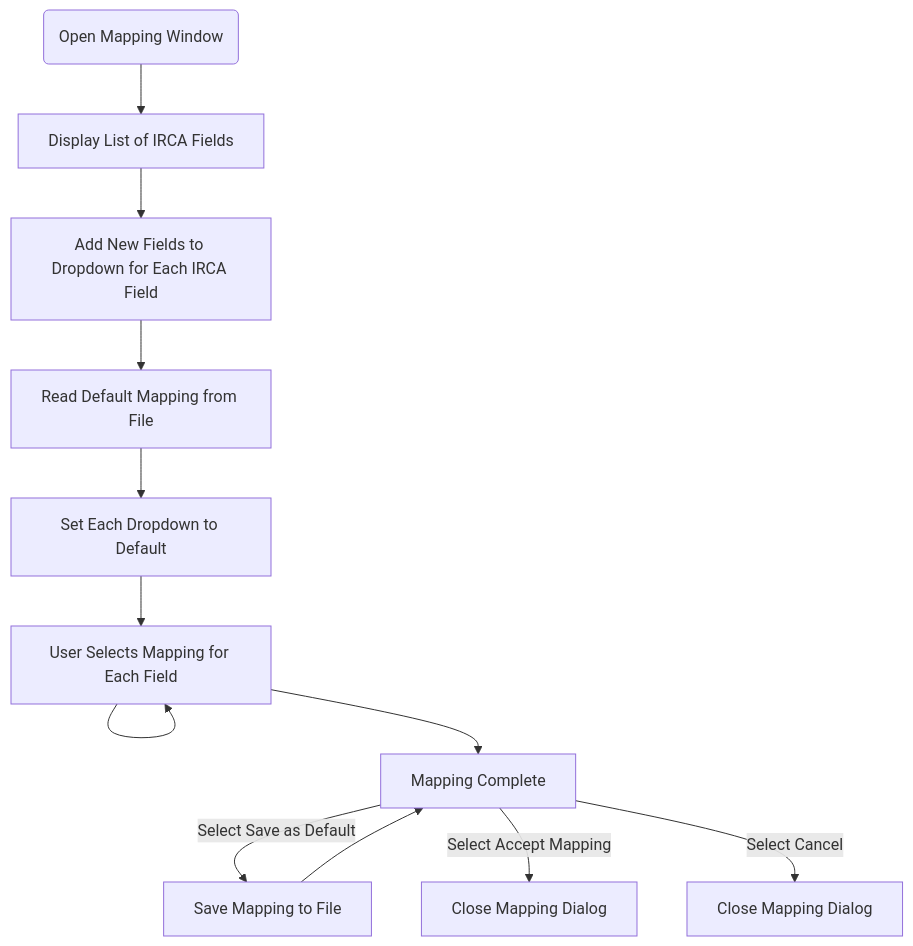
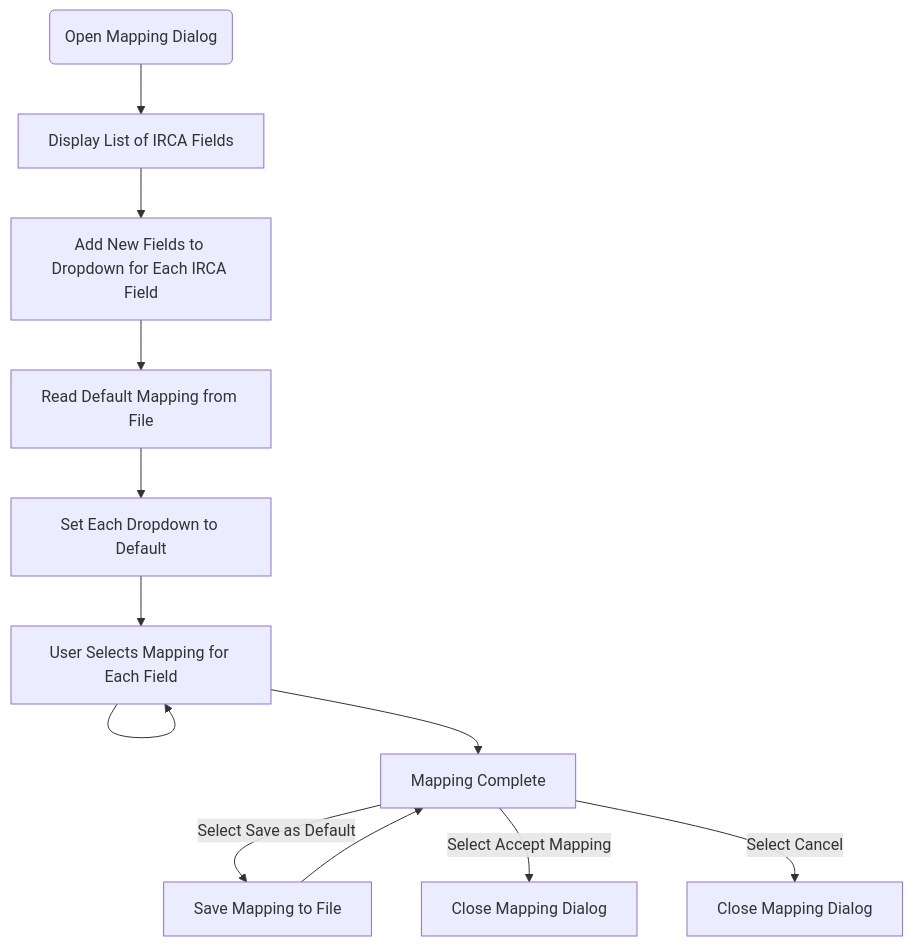
Before and after one commit to schleising/opensky-converter: the diagram in docs/mapping_dialog.md, drawn with Mermaid. The commit also changed other lines of this file and 1 other file, not shown here.

````diff
--- a/docs/mapping_dialog.md
+++ b/docs/mapping_dialog.md
@@ -3,14 +3,14 @@
 ```mermaid
 flowchart TD
-    A(Open Mapping Window) --> B[Display List of IRCA Fields]
+    A(Open Mapping Dialog) --> B[Display List of IRCA Fields]
     B --> C[Add New Fields to Dropdown for Each IRCA Field]
     C --> D[Read Default Mapping from File]
     D --> E[Set Each Dropdown to Default]
     E --> F[User Selects Mapping for Each Field]
     F --> F
     F --> G[Mapping Complete]
     G -->|Select Save as Default| H[Save Mapping to File]
     H --> G
     G -->|Select Accept Mapping| I[Close Mapping Dialog]
     G -->|Select Cancel| J[Close Mapping Dialog]
 ```
````
